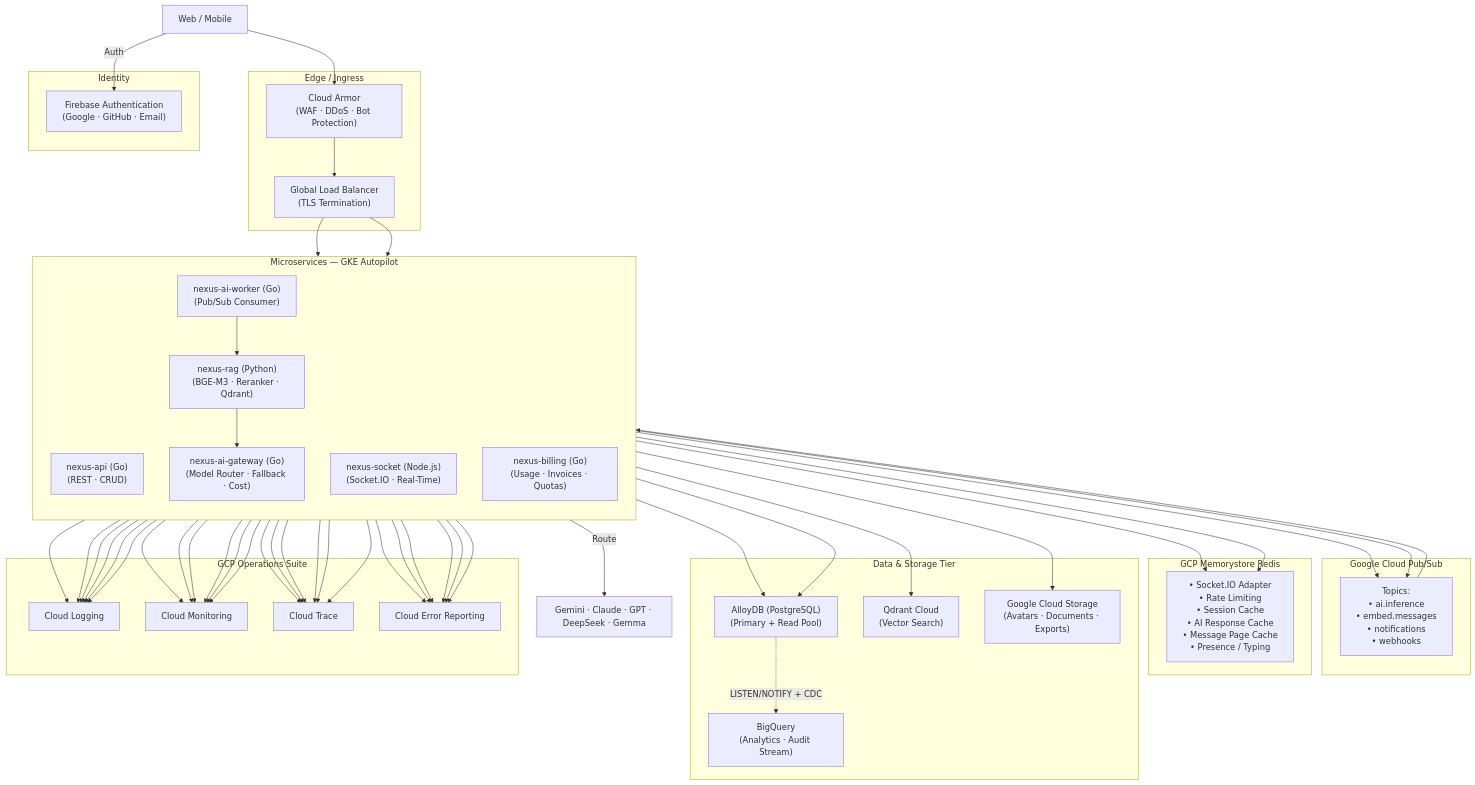
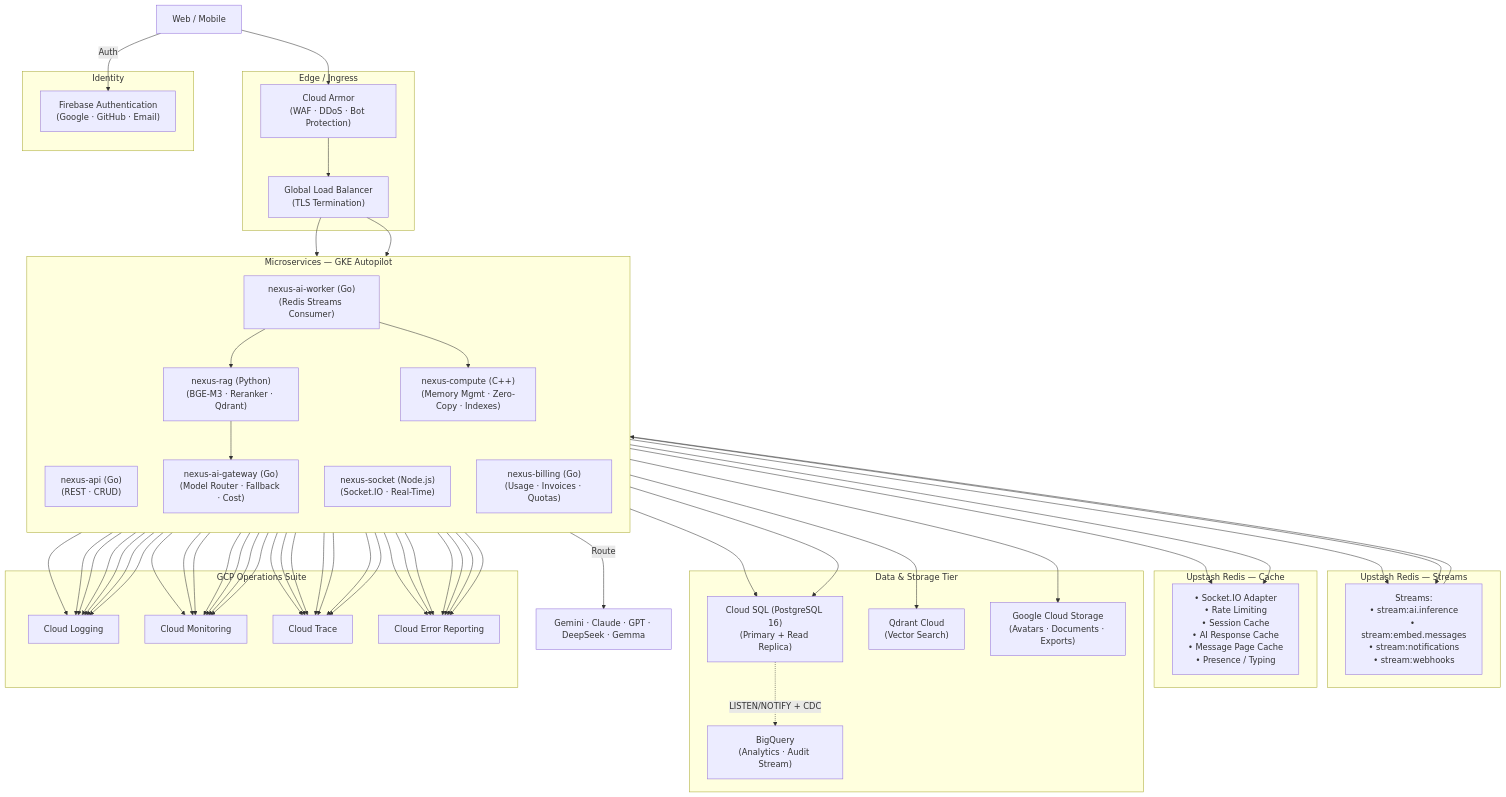
One commit to Nexus-chat-5039/Nexus-chat changed the second of 24 diagrams in ARCHITECTURE.md. Above: the diagram before and after it, drawn with Mermaid. The commit also changed other lines of this file and 38 other files, not shown here.

Commit message:
feat: implement minimal architecture with custom JWT auth

````diff
--- a/ARCHITECTURE.md
+++ b/ARCHITECTURE.md
@@ -90,64 +92,66 @@
 ```mermaid
 graph TB
     subgraph Edge["Edge / Ingress"]
         ARMOR["Cloud Armor\n(WAF · DDoS · Bot Protection)"]
         GLB["Global Load Balancer\n(TLS Termination)"]
     end
 
     subgraph Auth["Identity"]
         FBA["Firebase Authentication\n(Google · GitHub · Email)"]
     end
 
     subgraph Services["Microservices — GKE Autopilot"]
         direction TB
         API["nexus-api (Go)\n(REST · CRUD)"]
         SIO["nexus-socket (Node.js)\n(Socket.IO · Real-Time)"]
         RAG["nexus-rag (Python)\n(BGE-M3 · Reranker · Qdrant)"]
         AIGW["nexus-ai-gateway (Go)\n(Model Router · Fallback · Cost)"]
-        WRK["nexus-ai-worker (Go)\n(Pub/Sub Consumer)"]
+        WRK["nexus-ai-worker (Go)\n(Redis Streams Consumer)"]
         BILL["nexus-billing (Go)\n(Usage · Invoices · Quotas)"]
+        COMP["nexus-compute (C++)\n(Memory Mgmt · Zero-Copy · Indexes)"]
     end
 
-    subgraph Messaging["Google Cloud Pub/Sub"]
-        PUB["Topics:\n• ai.inference\n• embed.messages\n• notifications\n• webhooks"]
+    subgraph Messaging["Upstash Redis — Streams"]
+        PUB["Streams:\n• stream:ai.inference\n• stream:embed.messages\n• stream:notifications\n• stream:webhooks"]
     end
 
-    subgraph Cache["GCP Memorystore Redis"]
+    subgraph Cache["Upstash Redis — Cache"]
         MEM["• Socket.IO Adapter\n• Rate Limiting\n• Session Cache\n• AI Response Cache\n• Message Page Cache\n• Presence / Typing"]
     end
 
     subgraph Storage["Data & Storage Tier"]
-        PDB["AlloyDB (PostgreSQL)\n(Primary + Read Pool)"]
+        PDB["Cloud SQL (PostgreSQL 16)\n(Primary + Read Replica)"]
         QDR["Qdrant Cloud\n(Vector Search)"]
         GCS["Google Cloud Storage\n(Avatars · Documents · Exports)"]
         BQ["BigQuery\n(Analytics · Audit Stream)"]
     end
 
     subgraph Observe["GCP Operations Suite"]
         LOG["Cloud Logging"]
         MON["Cloud Monitoring"]
         TRC["Cloud Trace"]
         ERR["Cloud Error Reporting"]
     end
 
     Client["Web / Mobile"] -->|Auth| FBA
     Client --> ARMOR
     ARMOR --> GLB
     GLB --> API & SIO
 
     API & SIO --> MEM
     API & SIO --> PDB
     API & SIO --> PUB
 
     PUB --> WRK
     WRK --> RAG
+    WRK --> COMP
     RAG --> QDR
     RAG --> AIGW
 
     AIGW -->|Route| LLMs["Gemini · Claude · GPT · DeepSeek · Gemma"]
 
     API --> GCS
     PDB -.->|LISTEN/NOTIFY + CDC| BQ
 
-    API & SIO & WRK & RAG & AIGW & BILL --> LOG & MON & TRC & ERR
+    API & SIO & WRK & RAG & AIGW & BILL & COMP --> LOG & MON & TRC & ERR
 ```
````
